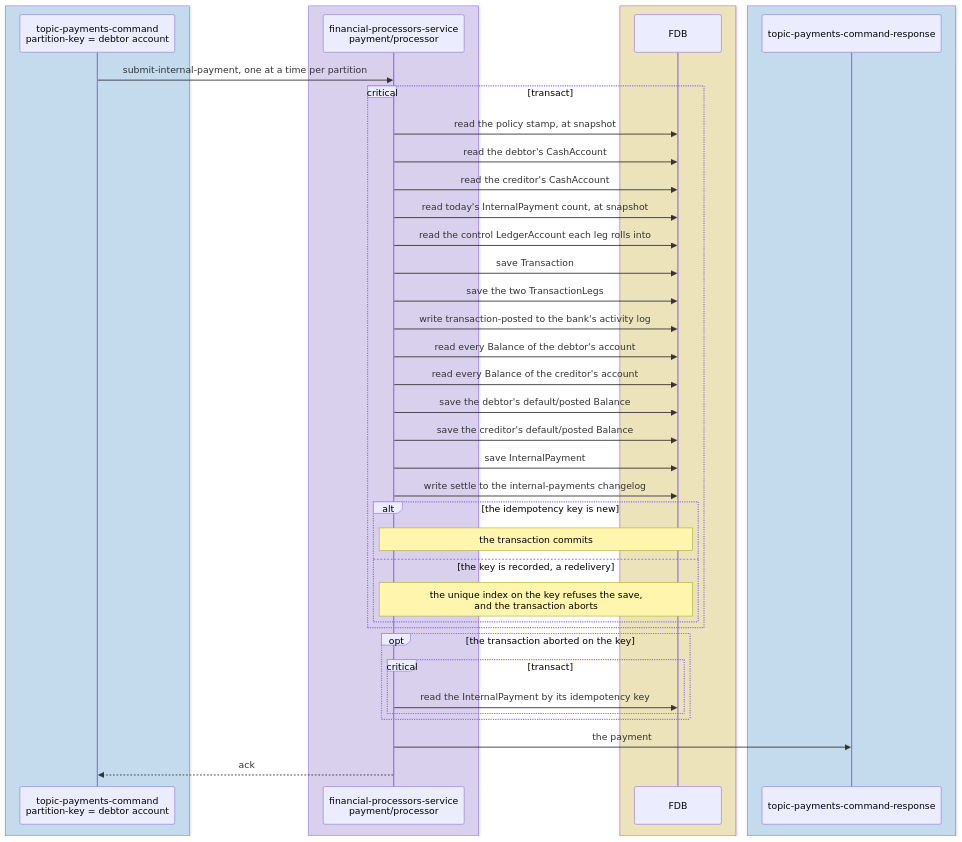
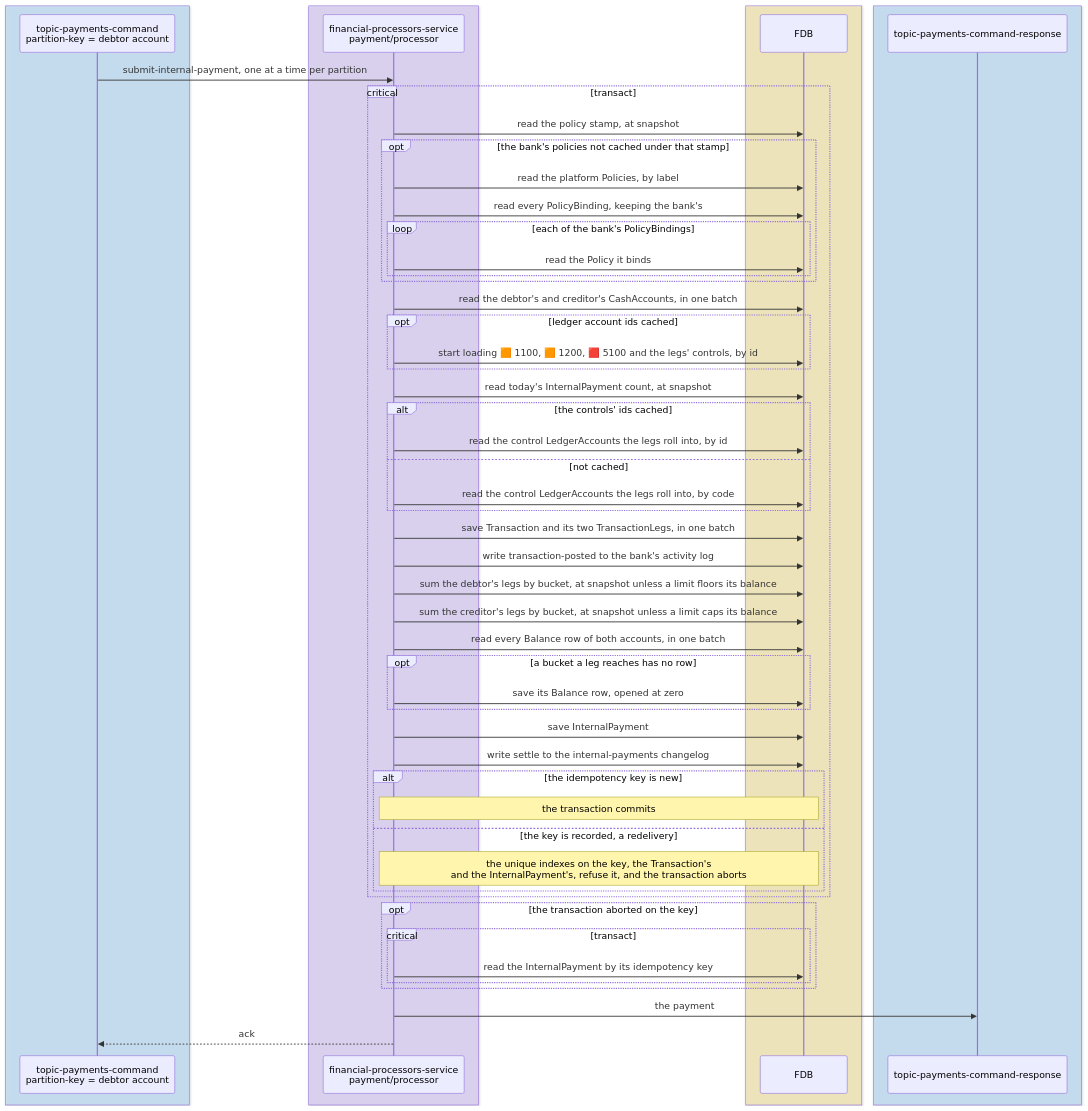
Before and after one commit to repldriven/queenswood: the third of 8 diagrams in docs/tdd/payments-internal.md, drawn with Mermaid. The commit also changed other lines of this file and 2 other files, not shown here.

Commit message:
Draw each payment flow's FDB calls as the code makes them: balances summed from legs and a row saved only where a bucket opens, batched reads and saves, the policy stamp and the ledger account id cache, and the intent poller's limited reads, rounds and concurrent reconciles

````diff
--- a/docs/tdd/payments-internal.md
+++ b/docs/tdd/payments-internal.md
@@ -151,44 +151,58 @@
 ```mermaid
 sequenceDiagram
     box rgba(165, 216, 255, 0.45)
     participant PC as topic-payments-command<br/>partition-key = debtor account
     end
     box rgba(208, 191, 255, 0.45)
     participant PP as financial-processors-service<br/>payment/processor
     end
     box rgba(255, 236, 153, 0.5)
     participant DB as FDB
     end
     box rgba(165, 216, 255, 0.45)
     participant PR as topic-payments-command-response
     end
     PC->>PP: submit-internal-payment, one at a time per partition
     critical transact
     PP->>DB: read the policy stamp, at snapshot
-    PP->>DB: read the debtor's CashAccount
-    PP->>DB: read the creditor's CashAccount
+    opt the bank's policies not cached under that stamp
+    PP->>DB: read the platform Policies, by label
+    PP->>DB: read every PolicyBinding, keeping the bank's
+    loop each of the bank's PolicyBindings
+    PP->>DB: read the Policy it binds
+    end
+    end
+    PP->>DB: read the debtor's and creditor's CashAccounts, in one batch
+    opt ledger account ids cached
+    PP->>DB: start loading 🟧 1100, 🟧 1200, 🟥 5100 and the legs' controls, by id
+    end
     PP->>DB: read today's InternalPayment count, at snapshot
-    PP->>DB: read the control LedgerAccount each leg rolls into
-    PP->>DB: save Transaction
-    PP->>DB: save the two TransactionLegs
+    alt the controls' ids cached
+    PP->>DB: read the control LedgerAccounts the legs roll into, by id
+    else not cached
+    PP->>DB: read the control LedgerAccounts the legs roll into, by code
+    end
+    PP->>DB: save Transaction and its two TransactionLegs, in one batch
     PP->>DB: write transaction-posted to the bank's activity log
-    PP->>DB: read every Balance of the debtor's account
-    PP->>DB: read every Balance of the creditor's account
-    PP->>DB: save the debtor's default/posted Balance
-    PP->>DB: save the creditor's default/posted Balance
+    PP->>DB: sum the debtor's legs by bucket, at snapshot unless a limit floors its balance
+    PP->>DB: sum the creditor's legs by bucket, at snapshot unless a limit caps its balance
+    PP->>DB: read every Balance row of both accounts, in one batch
+    opt a bucket a leg reaches has no row
+    PP->>DB: save its Balance row, opened at zero
+    end
     PP->>DB: save InternalPayment
     PP->>DB: write settle to the internal-payments changelog
     alt the idempotency key is new
     Note over PP,DB: the transaction commits
     else the key is recorded, a redelivery
-    Note over PP,DB: the unique index on the key refuses the save,<br/>and the transaction aborts
+    Note over PP,DB: the unique indexes on the key, the Transaction's<br/>and the InternalPayment's, refuse it, and the transaction aborts
     end
     end
     opt the transaction aborted on the key
     critical transact
     PP->>DB: read the InternalPayment by its idempotency key
     end
     end
     PP->>PR: the payment
     PP-->>PC: ack
 ```
````
